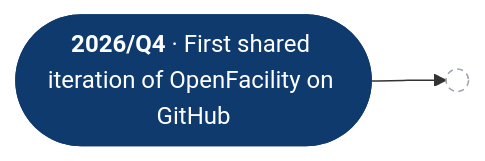
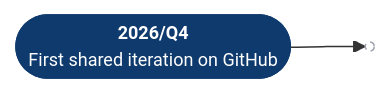
One commit to openfacility/.github changed the second of 4 diagrams in profile/README.md. Above: the diagram before and after it, drawn with Mermaid.

Commit message:
Smaller font in the Where we are diagram

````diff
--- a/profile/README.md
+++ b/profile/README.md
@@ -59,8 +59,9 @@
 ```mermaid
+%%{init: {"themeVariables": {"fontSize": "12px"}, "flowchart": {"padding": 6}}}%%
 flowchart LR
-  t1(["<b>2026/Q4</b> · First shared iteration of OpenFacility on GitHub"]) --> next(( ))
-  classDef done fill:#0f3a6e,stroke:#0f3a6e,color:#ffffff
+  t1(["<b>2026/Q4</b><br/>First shared iteration on GitHub"]) --> next(( ))
+  classDef done fill:#0f3a6e,stroke:#0f3a6e,color:#ffffff,font-size:12px
   classDef future fill:transparent,stroke:#9ca3af,stroke-dasharray:4 3
   class t1 done
   class next future
 ```
````
